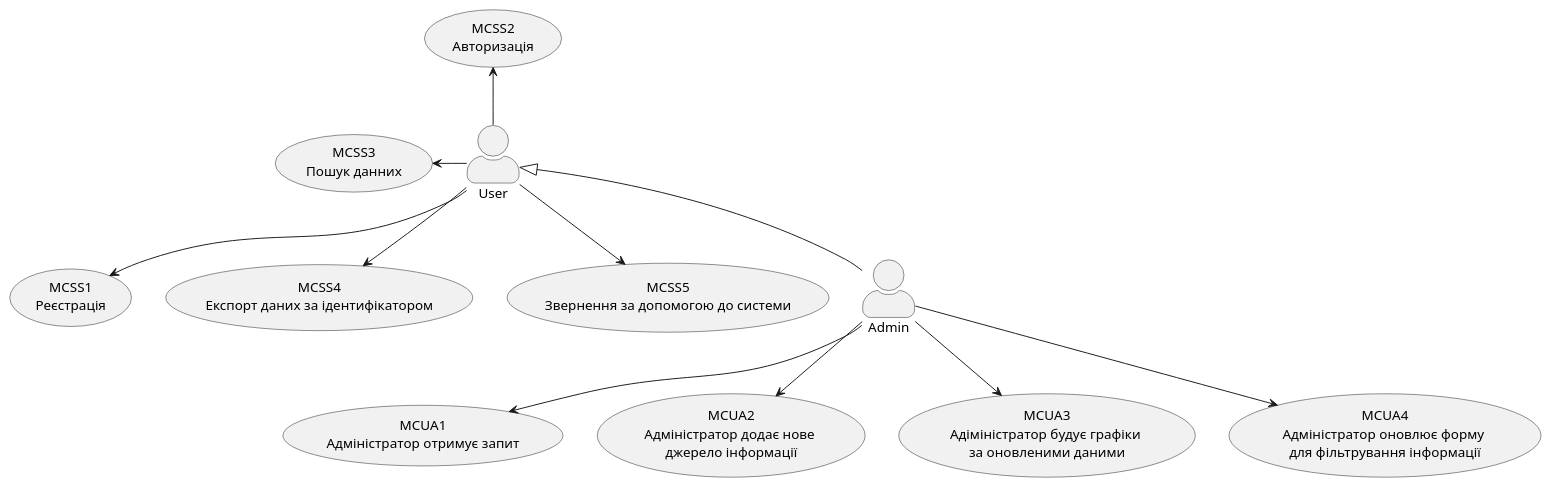
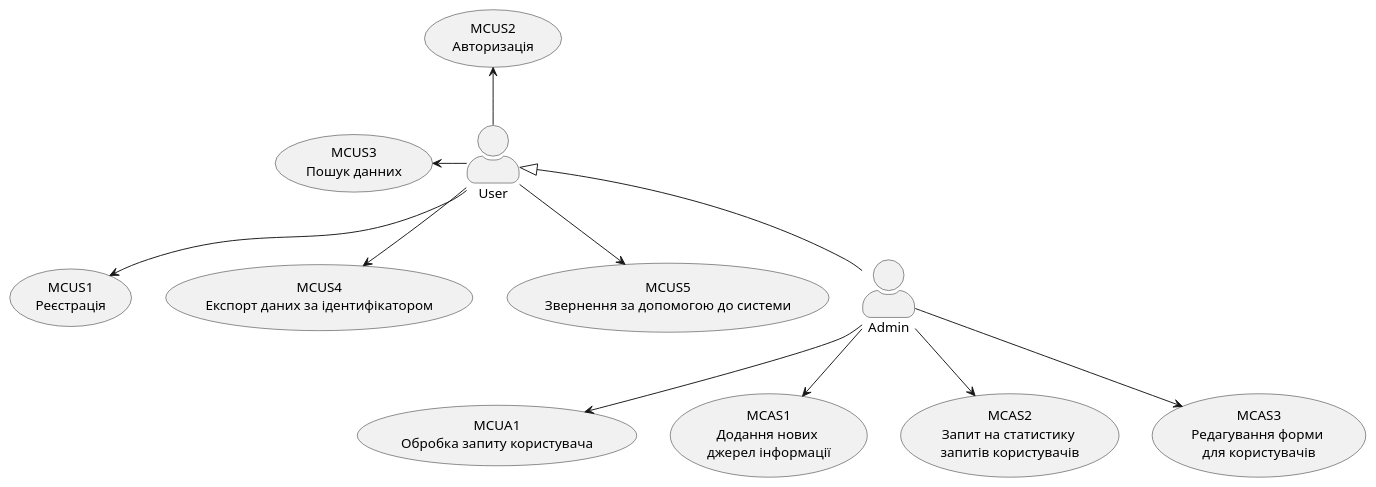
One commit to ukioxz/media-content-analyzing-system changed the first of 10 diagrams in docs/use cases/README.md. Above: the diagram before and after it, drawn with PlantUML.

```diff
--- a/docs/use cases/README.md
+++ b/docs/use cases/README.md
@@ -3,48 +3,48 @@
 @startuml
 
 skinparam actorStyle awesome
 
 'User
 
-(MCSS1\nРеєстрація) as (MCSS1)
+(MCUS1\nРеєстрація) as (MCUS1)
 
-(MCSS2\nАвторизація) as (MCSS2)
+(MCUS2\nАвторизація) as (MCUS2)
 
-(MCSS3\nПошук данних) as (MCSS3)
+(MCUS3\nПошук данних) as (MCUS3)
 
-(MCSS4\nЕкспорт даних за ідентифікатором) as (MCSS4)
+(MCUS4\nЕкспорт даних за ідентифікатором) as (MCUS4)
 
-(MCSS5\nЗвернення за допомогою до системи) as (MCSS5)
+(MCUS5\nЗвернення за допомогою до системи) as (MCUS5)
 
 
-User --> (MCSS1)
+User --> (MCUS1)
 
-User -up-> (MCSS2)
+User -up-> (MCUS2)
 
-User -left-> (MCSS3)
+User -left-> (MCUS3)
 
-User --> (MCSS4)
+User --> (MCUS4)
 
-User --> (MCSS5)
+User --> (MCUS5)
 
 Admin -up-|> User
 
 Admin --> (MCUA1)
 
 Admin --> (MCAS1)
 
 Admin --> (MCAS2)
 
 Admin --> (MCAS3)
 
 'Admin
 
-(MCUA1\nАдміністратор отримує запит) as (MCUA1)
+(MCUA1\nОбробка запиту користувача) as (MCUA1)
 
-(MCUA2\nАдміністратор додає нове \nджерело інформації) as (MCAS1)
+(MCAS1\nДодання нових \nджерел інформації) as (MCAS1)
 
-(MCUA3\nАдіміністратор будує графіки \nза оновленими даними) as (MCAS2)
+(MCAS2\nЗапит на статистику \nзапитів користувачів) as (MCAS2)
 
-(MCUA4\nАдміністратор оновлює форму \nдля фільтрування інформації)  as (MCAS3)
+(MCAS3\nРедагування форми \nдля користувачів)  as (MCAS3)
 
 @enduml
```
